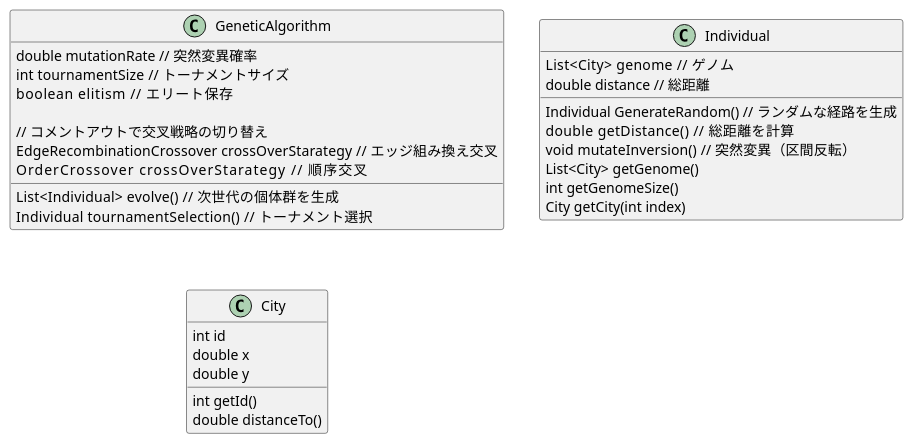
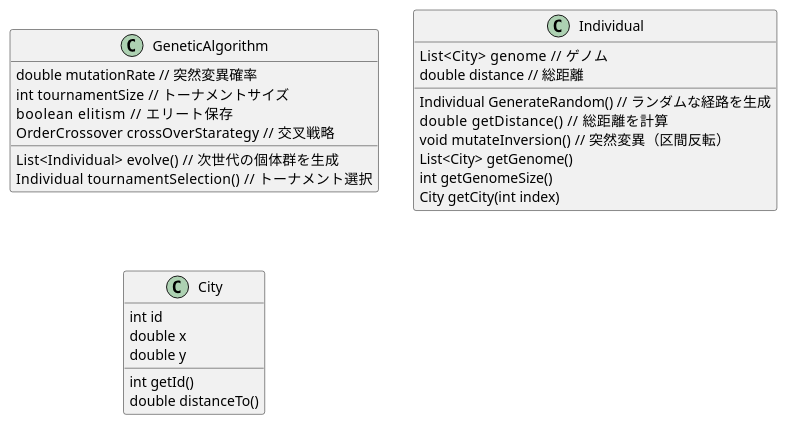
One commit to masako-cchi/jinkoseimeiRep changed the diagram in GeneticAlgorithmClassUML.pu. Above: the diagram before and after it, drawn with PlantUML. The commit also changed 42 other files, not shown here.

```diff
--- a/GeneticAlgorithmClassUML.pu
+++ b/GeneticAlgorithmClassUML.pu
@@ -1,40 +1,37 @@
 @startuml class
 
 class GeneticAlgorithm{
     double mutationRate // 突然変異確率
     int tournamentSize  // トーナメントサイズ
     boolean elitism     // エリート保存
-
-    // コメントアウトで交叉戦略の切り替え
-    EdgeRecombinationCrossover crossOverStarategy   // エッジ組み換え交叉
-    OrderCrossover crossOverStarategy            // 順序交叉
+    OrderCrossover crossOverStarategy   // 交叉戦略
 
     List<Individual> evolve()   // 次世代の個体群を生成
     Individual tournamentSelection()    // トーナメント選択
 }
 
 class Individual{
     List<City> genome   // ゲノム
     double distance // 総距離
 
     Individual GenerateRandom() // ランダムな経路を生成
     double getDistance()    // 総距離を計算
     void mutateInversion()  // 突然変異（区間反転）
     List<City> getGenome()
     int getGenomeSize()
     City getCity(int index)
 }
 
 
 class City{
     int id
     double x
     double y
 
     int getId()
     double distanceTo()
 }
 
 
 
 @end
```
